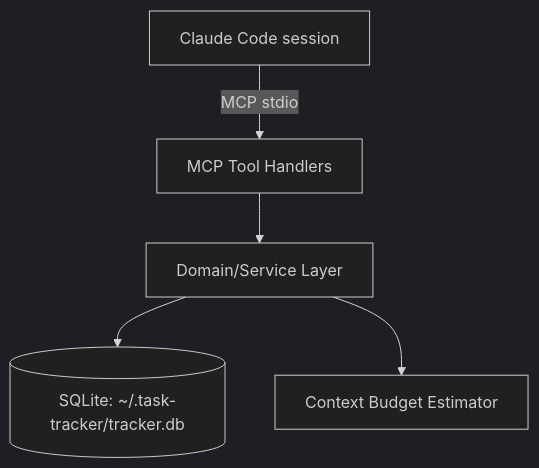
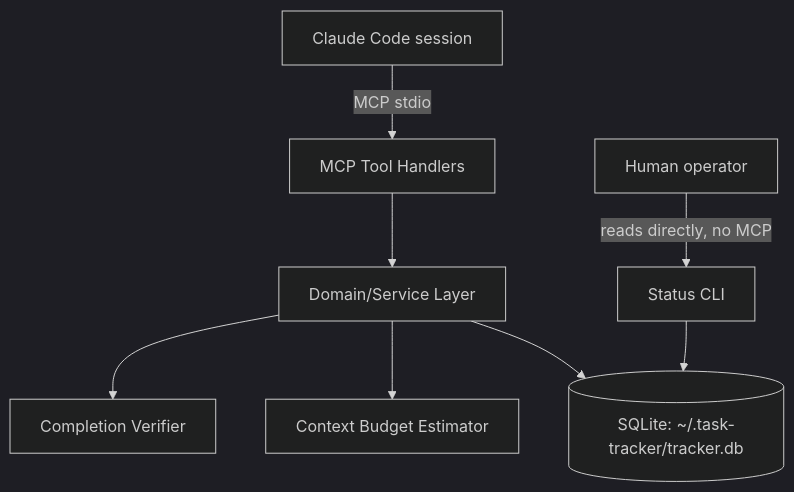
Before and after one commit to madmurdok/task-tracker-mcp: the first of 3 diagrams in docs/architecture/task-tracker-mcp.md, drawn with Mermaid (dark theme). The commit also changed other lines of this file and 3 other files, not shown here.

````diff
--- a/docs/architecture/task-tracker-mcp.md
+++ b/docs/architecture/task-tracker-mcp.md
@@ -62,7 +57,10 @@
 ```mermaid
 graph TD
     CC[Claude Code session] -->|MCP stdio| Server[MCP Tool Handlers]
     Server --> Domain[Domain/Service Layer]
     Domain --> DB[(SQLite: ~/.task-tracker/tracker.db)]
     Domain --> Budget[Context Budget Estimator]
+    Domain --> Verifier[Completion Verifier]
+    Human[Human operator] -->|reads directly, no MCP| CLI[Status CLI]
+    CLI --> DB
 ```
````
